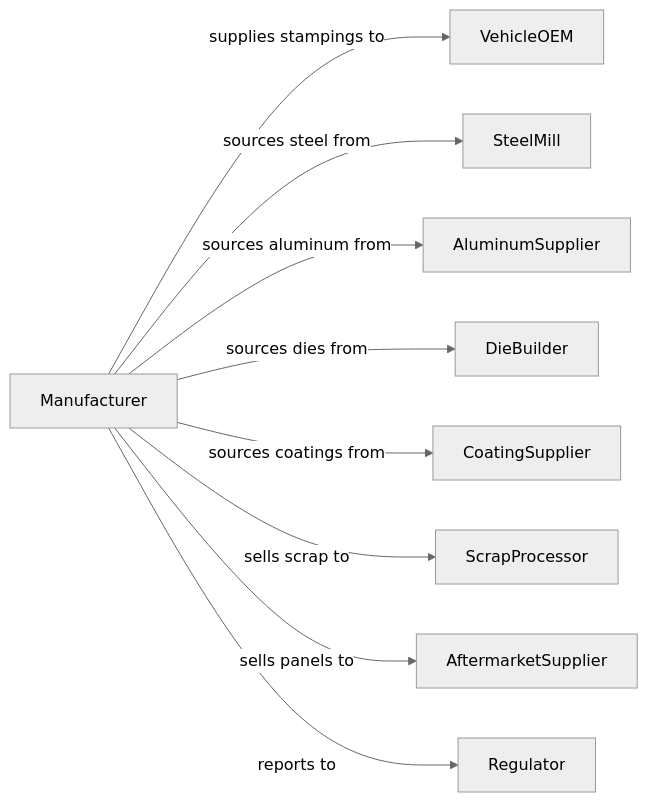
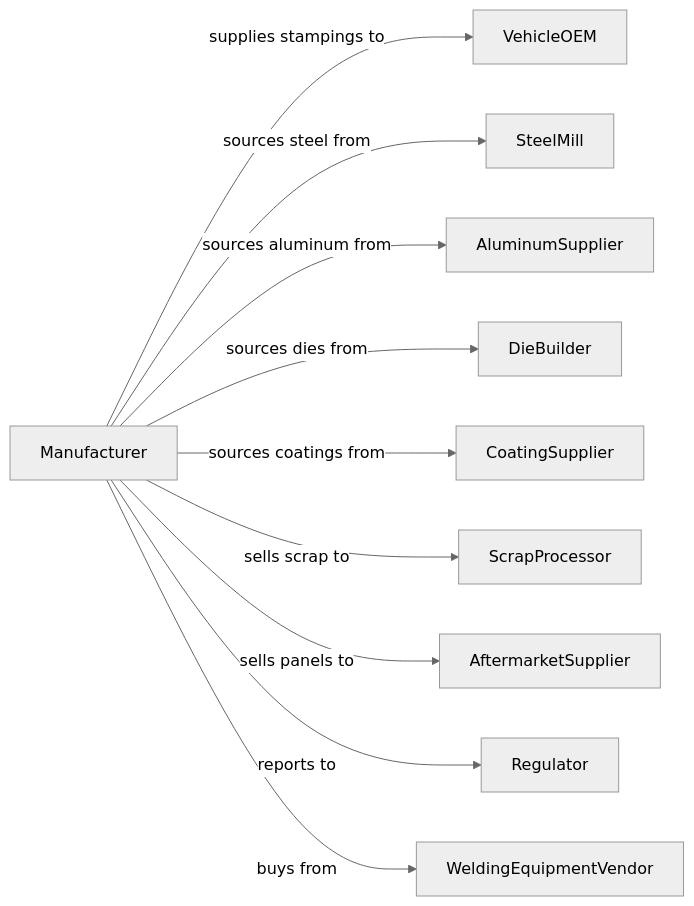
The second of 2 diagrams in Manufacturing/TransportationEquipmentManufacturing/MotorVehiclePartsManufacturing/MotorVehicleMetalStamping.mdx (dot-org-ai/industries.org.ai), drawn with Mermaid (neutral theme) before and after one commit. The commit also changed 588 other files, not shown here.

````diff
--- a/Manufacturing/TransportationEquipmentManufacturing/MotorVehiclePartsManufacturing/MotorVehicleMetalStamping.mdx
+++ b/Manufacturing/TransportationEquipmentManufacturing/MotorVehiclePartsManufacturing/MotorVehicleMetalStamping.mdx
@@ -128,13 +128,14 @@
 ```mermaid
 graph LR
     M[Manufacturer]
 
     M -->|supplies stampings to| VehicleOEM
     M -->|sources steel from| SteelMill
     M -->|sources aluminum from| AluminumSupplier
     M -->|sources dies from| DieBuilder
     M -->|sources coatings from| CoatingSupplier
     M -->|sells scrap to| ScrapProcessor
     M -->|sells panels to| AftermarketSupplier
     M -->|reports to| Regulator
+    M -->|buys from| WeldingEquipmentVendor
 ```
````
